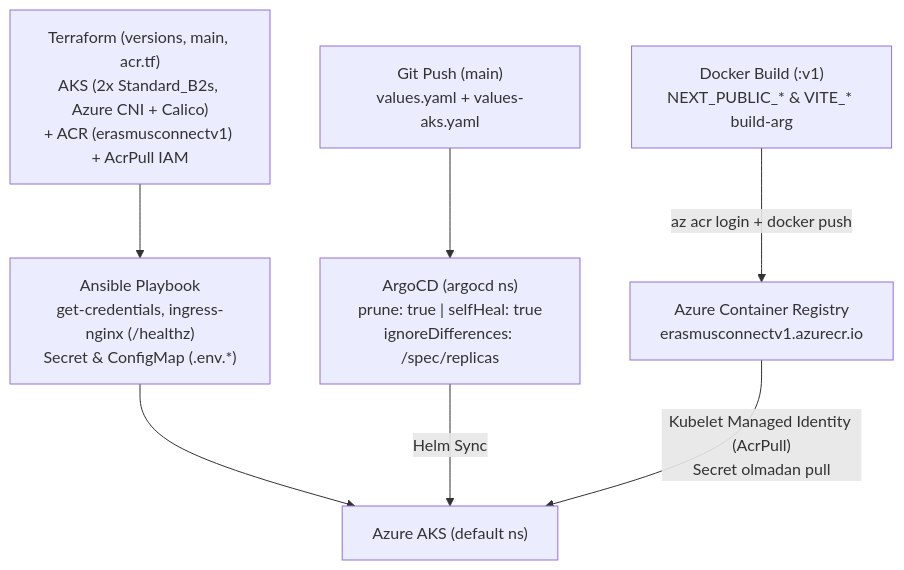
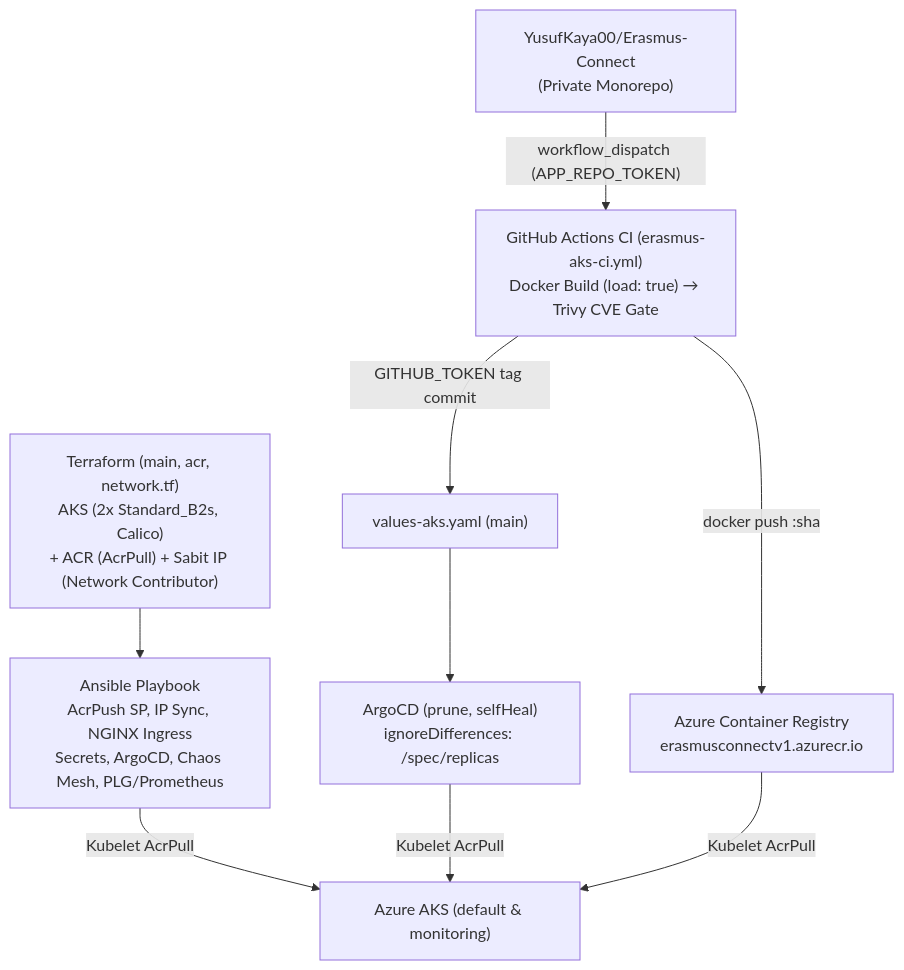
One commit to YusufKaya00/k8s-hands-on-labs changed the second of 2 diagrams in projects/devops-ec-project/README.md. Above: the diagram before and after it, drawn with Mermaid. The commit also changed other lines of this file and 2 other files, not shown here.

````diff
--- a/projects/devops-ec-project/README.md
+++ b/projects/devops-ec-project/README.md
@@ -48,9 +51,8 @@
 ```mermaid
 flowchart TD
-    TF["Terraform (versions, main, acr.tf)<br/>AKS (2x Standard_B2s, Azure CNI + Calico)<br/>+ ACR (erasmusconnectv1) + AcrPull IAM"] --> ANS["Ansible Playbook<br/>get-credentials, ingress-nginx (/healthz)<br/>Secret &amp; ConfigMap (.env.*)"]
-    Docker["Docker Build (:v1)<br/>NEXT_PUBLIC_* &amp; VITE_* build-arg"] -->|"az acr login + docker push"| ACR["Azure Container Registry<br/>erasmusconnectv1.azurecr.io"]
-    Git["Git Push (main)<br/>values.yaml + values-aks.yaml"] --> Argo["ArgoCD (argocd ns)<br/>prune: true | selfHeal: true<br/>ignoreDifferences: /spec/replicas"]
-    ANS --> Cluster["Azure AKS (default ns)"]
-    Argo -->|"Helm Sync"| Cluster
-    ACR -->|"Kubelet Managed Identity (AcrPull)<br/>Secret olmadan pull"| Cluster
+    TF["Terraform (main, acr, network.tf)<br/>AKS (2x Standard_B2s, Calico)<br/>+ ACR (AcrPull) + Sabit IP (Network Contributor)"] --> ANS["Ansible Playbook<br/>AcrPush SP, IP Sync, NGINX Ingress<br/>Secrets, ArgoCD, Chaos Mesh, PLG/Prometheus"]
+    AppRepo["YusufKaya00/Erasmus-Connect<br/>(Private Monorepo)"] -->|"workflow_dispatch (APP_REPO_TOKEN)"| CI["GitHub Actions CI (erasmus-aks-ci.yml)<br/>Docker Build (load: true) → Trivy CVE Gate"]
+    CI -->|"docker push :sha"| ACR["Azure Container Registry<br/>erasmusconnectv1.azurecr.io"]
+    CI -->|"GITHUB_TOKEN tag commit"| GitOps["values-aks.yaml (main)"] --> Argo["ArgoCD (prune, selfHeal)<br/>ignoreDifferences: /spec/replicas"]
+    ANS & Argo & ACR -->|"Kubelet AcrPull"| Cluster["Azure AKS (default &amp; monitoring)"]
 ```
````
